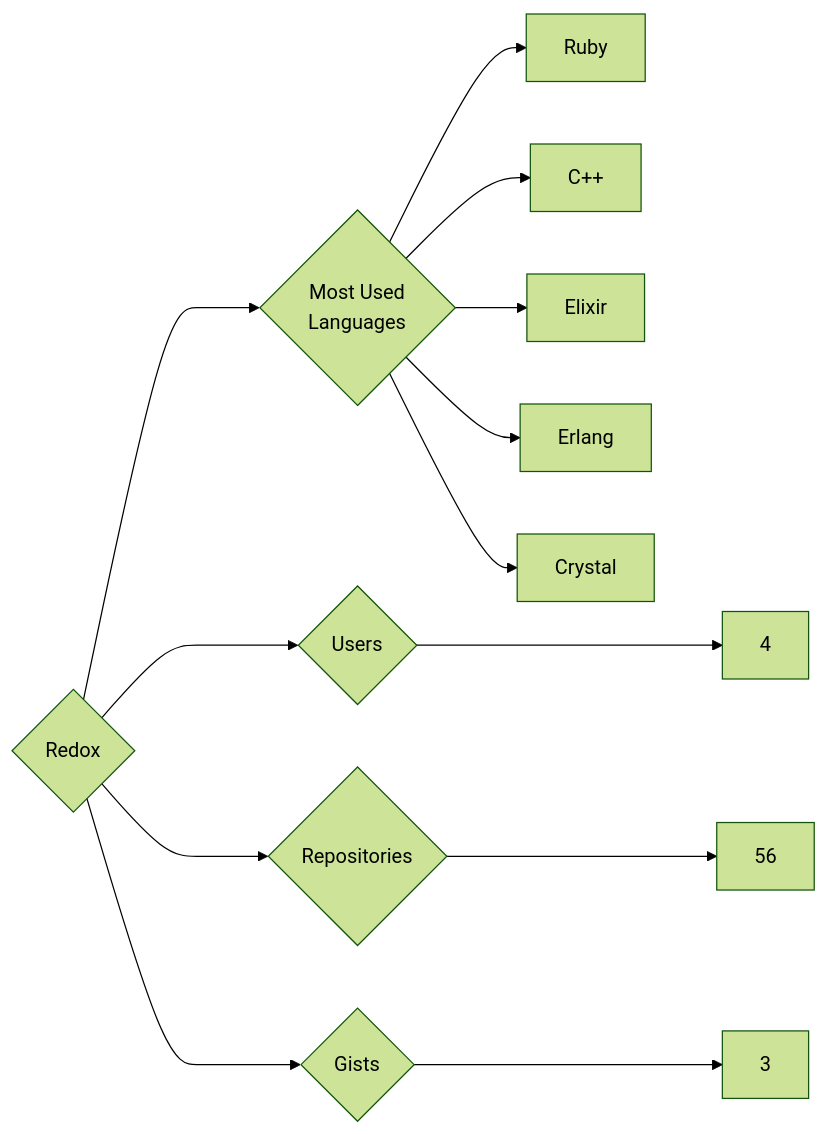
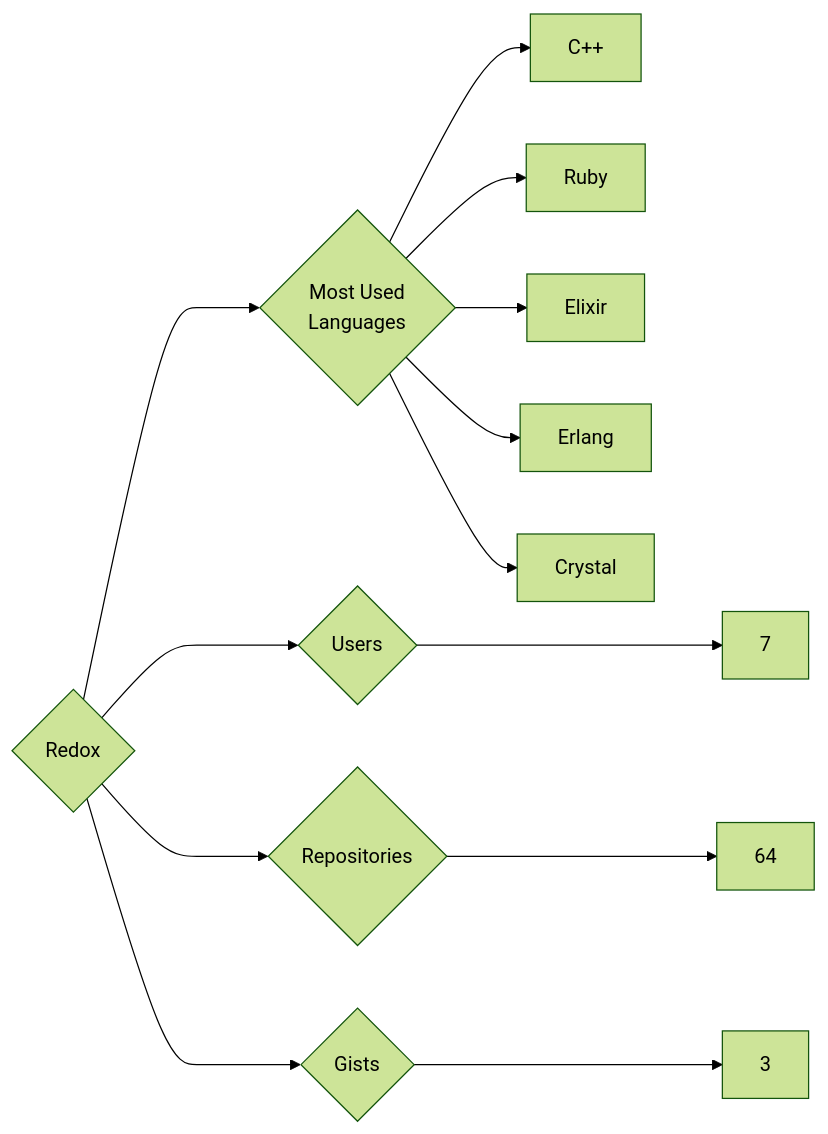
Before and after one commit to trickest/insiders: the diagram in targets/Redox/README.md, drawn with Mermaid (forest theme). The commit also changed 1479 other files, not shown here.

````diff
--- a/targets/Redox/README.md
+++ b/targets/Redox/README.md
@@ -3,13 +3,13 @@
 ```mermaid
 graph LR
 COMPANY_NAME{Redox}
-COMPANY_NAME ---> U{Users} ---> UN[4]
-COMPANY_NAME ---> R{Repositories} ---> RN[56]
+COMPANY_NAME ---> U{Users} ---> UN[7]
+COMPANY_NAME ---> R{Repositories} ---> RN[64]
 COMPANY_NAME ---> G{Gists} ---> GN[3]
 COMPANY_NAME ---> ML{Most Used<br>Languages}
+ML --> C++[C++]
 ML --> Ruby[Ruby]
-ML --> C++[C++]
 ML --> Elixir[Elixir]
 ML --> Erlang[Erlang]
 ML --> Crystal[Crystal]
 ```
````
